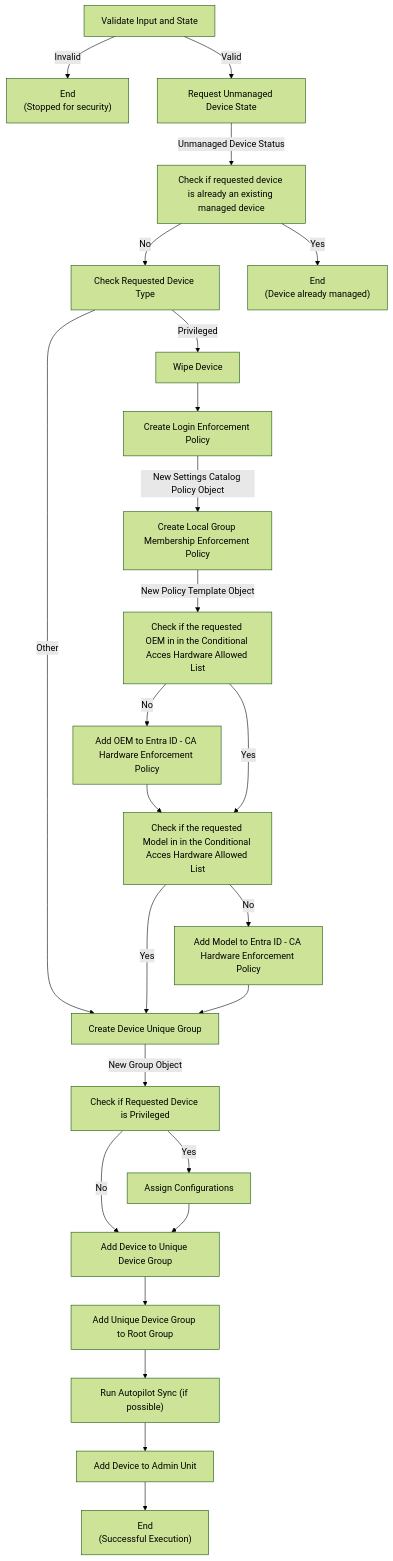
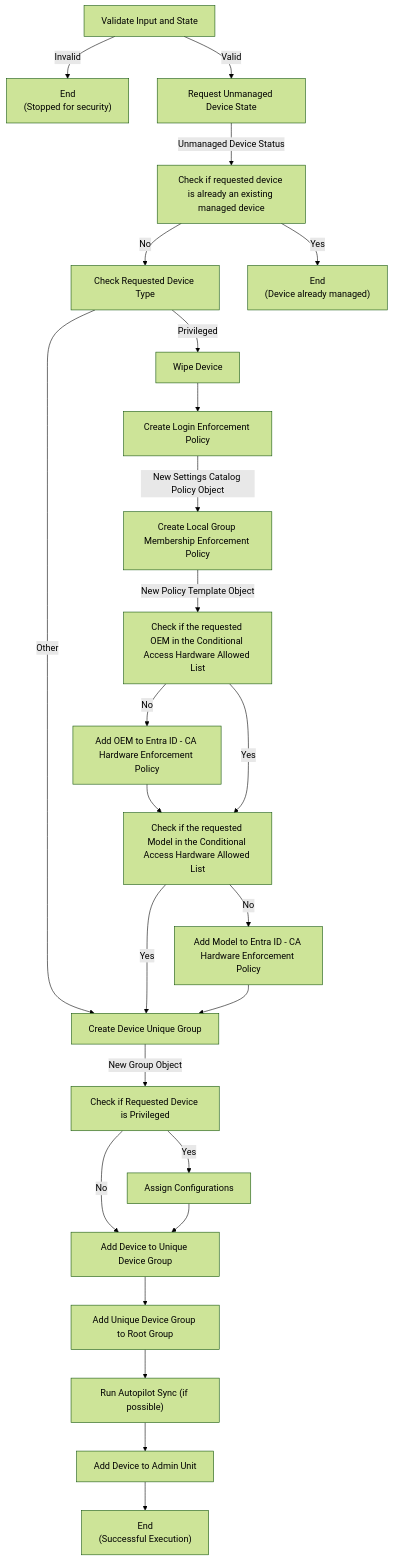
The diagram in docs/Reference/Architecture/Diagrams/Device-Commission.md (Software-Hardware-Integration-Lab/Documentation), drawn with Mermaid (forest theme) before and after one commit.

Commit message:
Spelling + Grammer

````diff
--- a/docs/Reference/Architecture/Diagrams/Device-Commission.md
+++ b/docs/Reference/Architecture/Diagrams/Device-Commission.md
@@ -7,50 +7,50 @@
 ``` mermaid
 graph TD
 
 InputValidation[Validate Input and State]
 FailValidation["End\n(Stopped for security)"]
 UnmanagedDeviceRequest[Request Unmanaged Device State]
 UnmanagedCheck[Check if requested device is already an existing managed device]
 InitialTypeCheck[Check Requested Device Type]
 DeviceUniqueGroup[Create Device Unique Group]
 PrivTypeCheck[Check if Requested Device is Privileged]
 PrivConfigAssign[Assign Configurations]
 AddDevToDevGrp[Add Device to Unique Device Group]
 DevToRootGrp[Add Unique Device Group to Root Group]
 AutopilotSyncCmd["Run Autopilot Sync (if possible)"]
 AddToAdminUnit[Add Device to Admin Unit]
 PrivWipe[Wipe Device]
 PrivLogin[Create Login Enforcement Policy]
 PrivGroup[Create Local Group Membership Enforcement Policy]
-PrivCaOemCheck[Check if the requested OEM in in the Conditional Acces Hardware Allowed List]
-PrivCaModelCheck[Check if the requested Model in in the Conditional Acces Hardware Allowed List]
+PrivCaOemCheck[Check if the requested OEM in the Conditional Access Hardware Allowed List]
+PrivCaModelCheck[Check if the requested Model in the Conditional Access Hardware Allowed List]
 PrivHwOemEnforcement[Add OEM to Entra ID - CA Hardware Enforcement Policy]
 PrivHwModelEnforcement[Add Model to Entra ID - CA Hardware Enforcement Policy]
 ExistingEnd["End\n(Device already managed)"]
 SuccessfulEnd["End\n(Successful Execution)"]
 
 InputValidation --> | Valid | UnmanagedDeviceRequest
 InputValidation --> | Invalid | FailValidation
 UnmanagedDeviceRequest --> | Unmanaged Device Status | UnmanagedCheck
 UnmanagedCheck --> | Yes | ExistingEnd
 UnmanagedCheck --> | No | InitialTypeCheck
 InitialTypeCheck --> | Privileged | PrivWipe
 InitialTypeCheck --> | Other | DeviceUniqueGroup
 PrivWipe --> PrivLogin
 PrivLogin --> | New Settings Catalog Policy Object | PrivGroup
 PrivGroup --> | New Policy Template Object | PrivCaOemCheck
 PrivCaOemCheck --> | No | PrivHwOemEnforcement
 PrivHwOemEnforcement --> PrivCaModelCheck
 PrivCaOemCheck --> | Yes | PrivCaModelCheck
 PrivCaModelCheck --> | No | PrivHwModelEnforcement
 PrivCaModelCheck --> | Yes | DeviceUniqueGroup
 PrivHwModelEnforcement --> DeviceUniqueGroup
 DeviceUniqueGroup --> | New Group Object | PrivTypeCheck
 PrivTypeCheck --> | Yes | PrivConfigAssign
 PrivTypeCheck --> | No | AddDevToDevGrp
 PrivConfigAssign --> AddDevToDevGrp
 AddDevToDevGrp --> DevToRootGrp
 DevToRootGrp --> AutopilotSyncCmd
 AutopilotSyncCmd --> AddToAdminUnit
 AddToAdminUnit --> SuccessfulEnd
 ```
````
